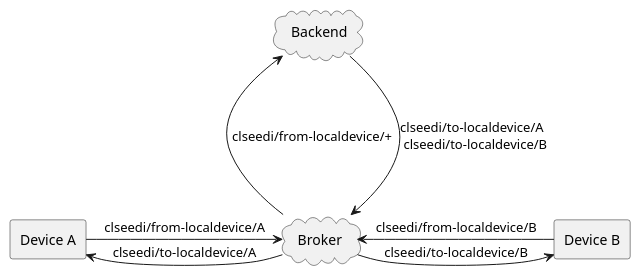
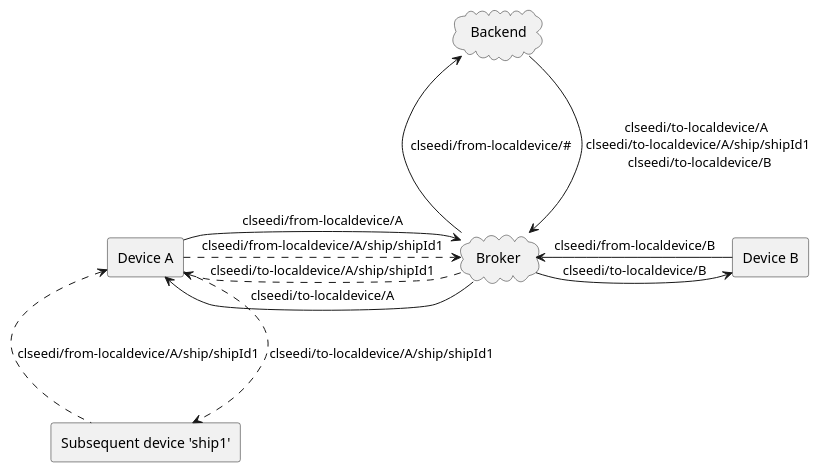
Before and after one commit to KEO-cls-eedi/specification: the second of 2 diagrams in doc/clseedi.md, drawn with PlantUML. The commit also changed other lines of this file and 23 other files, not shown here.

```diff
--- a/doc/clseedi.md
+++ b/doc/clseedi.md
@@ -99,15 +118,21 @@
 @startuml
 rectangle "Device A" as A
+rectangle "Subsequent device 'ship1'" as A1
 rectangle "Device B" as B
 cloud Broker
 cloud Backend
 
 A <-r-- Broker : clseedi/to-localdevice/A
 A --r-> Broker : clseedi/from-localdevice/A
 
 B <-l-- Broker : clseedi/to-localdevice/B
 B --l-> Broker : clseedi/from-localdevice/B
 
-Backend <-d-- Broker : clseedi/from-localdevice/+
-Backend --d-> Broker : clseedi/to-localdevice/A \n clseedi/to-localdevice/B
+A <-r.. Broker : clseedi/to-localdevice/A/ship/shipId1
+A ..r-> Broker : clseedi/from-localdevice/A/ship/shipId1
+A <-d.. A1 : clseedi/from-localdevice/A/ship/shipId1
+A ..d-> A1 : clseedi/to-localdevice/A/ship/shipId1
+
+Backend <-d-- Broker : clseedi/from-localdevice/#
+Backend --d-> Broker : clseedi/to-localdevice/A \n clseedi/to-localdevice/A/ship/shipId1 \n clseedi/to-localdevice/B
 @enduml
```
